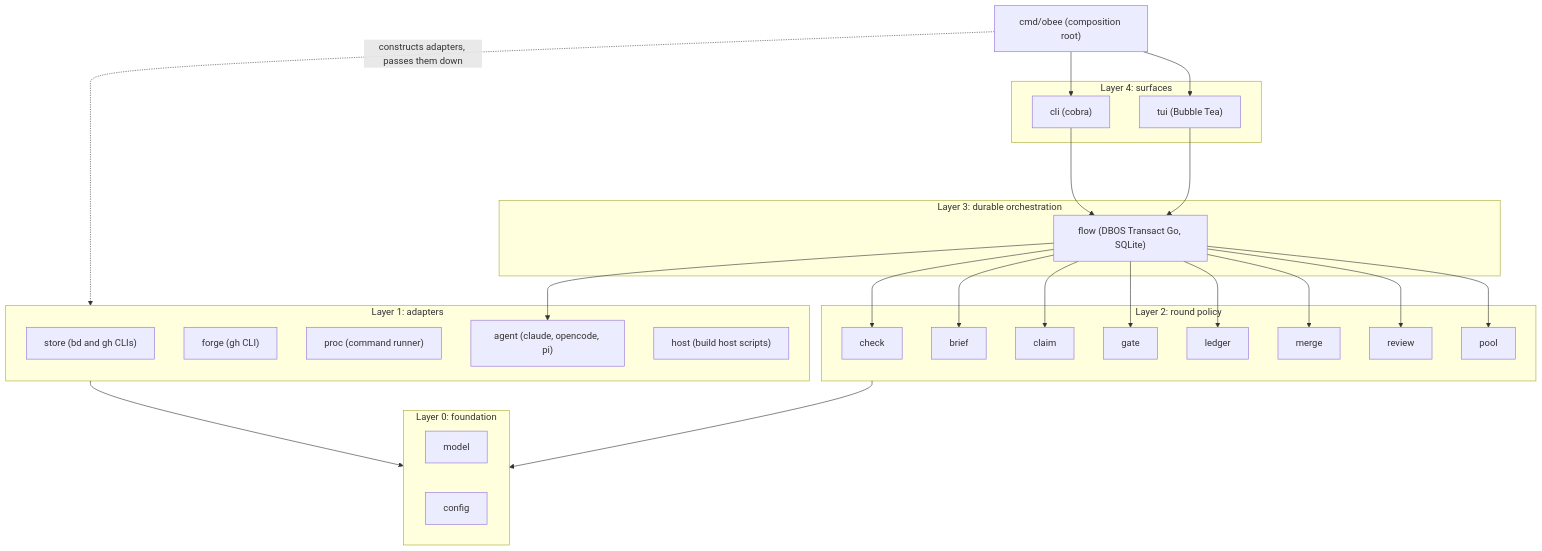
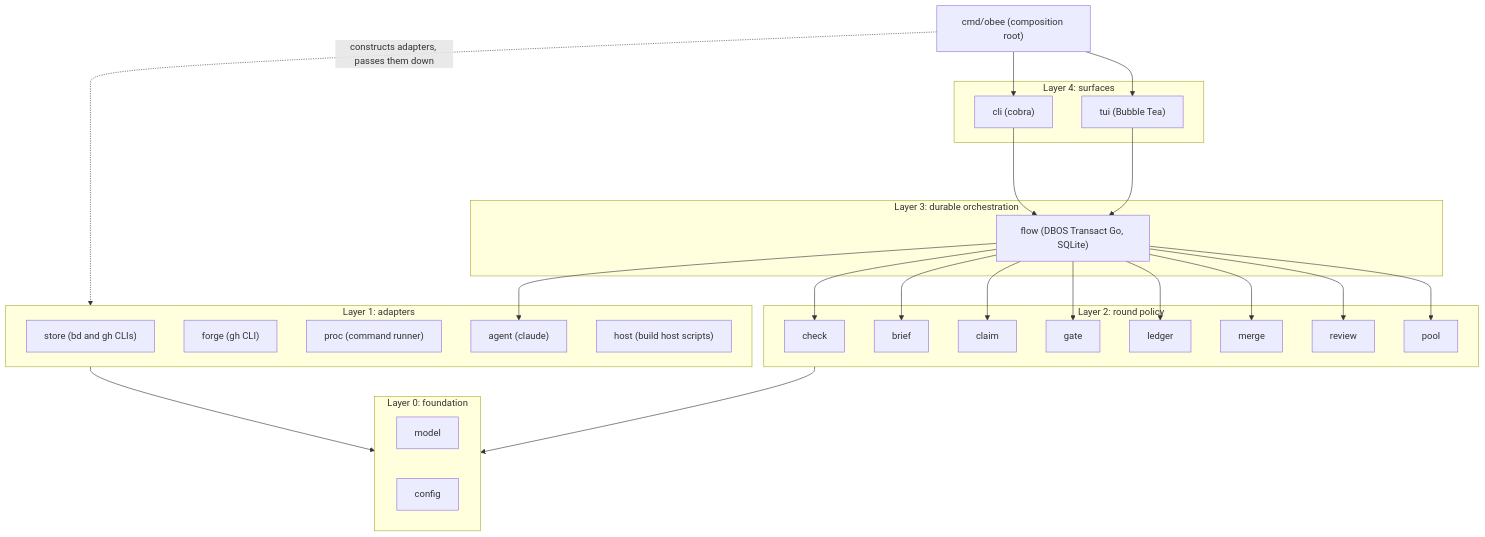
One commit to tobocop2/beehave changed the diagram in docs/architecture.md. Above: the diagram before and after it, drawn with Mermaid. The commit also changed other lines of this file and 13 other files, not shown here.

````diff
--- a/docs/architecture.md
+++ b/docs/architecture.md
@@ -9,41 +9,41 @@
 ```mermaid
 flowchart TD
     main["cmd/obee (composition root)"]
     subgraph L4[Layer 4: surfaces]
         cli["cli (cobra)"]
         tui["tui (Bubble Tea)"]
     end
     subgraph L3[Layer 3: durable orchestration]
         flow["flow (DBOS Transact Go, SQLite)"]
     end
     subgraph L2[Layer 2: round policy]
         check
         brief
         claim
         gate
         ledger
         merge
         review
         pool
     end
     subgraph L1[Layer 1: adapters]
         store["store (bd and gh CLIs)"]
         forge["forge (gh CLI)"]
         proc["proc (command runner)"]
-        agent["agent (claude, opencode, pi)"]
+        agent["agent (claude)"]
         host["host (build host scripts)"]
     end
     subgraph L0[Layer 0: foundation]
         model
         config
     end
     main --> cli
     main --> tui
     cli --> flow
     tui --> flow
     flow --> check & brief & claim & gate & ledger & merge & review & pool
     main -. "constructs adapters, passes them down" .-> L1
     flow --> agent
     L1 --> L0
     L2 --> L0
 ```
````
